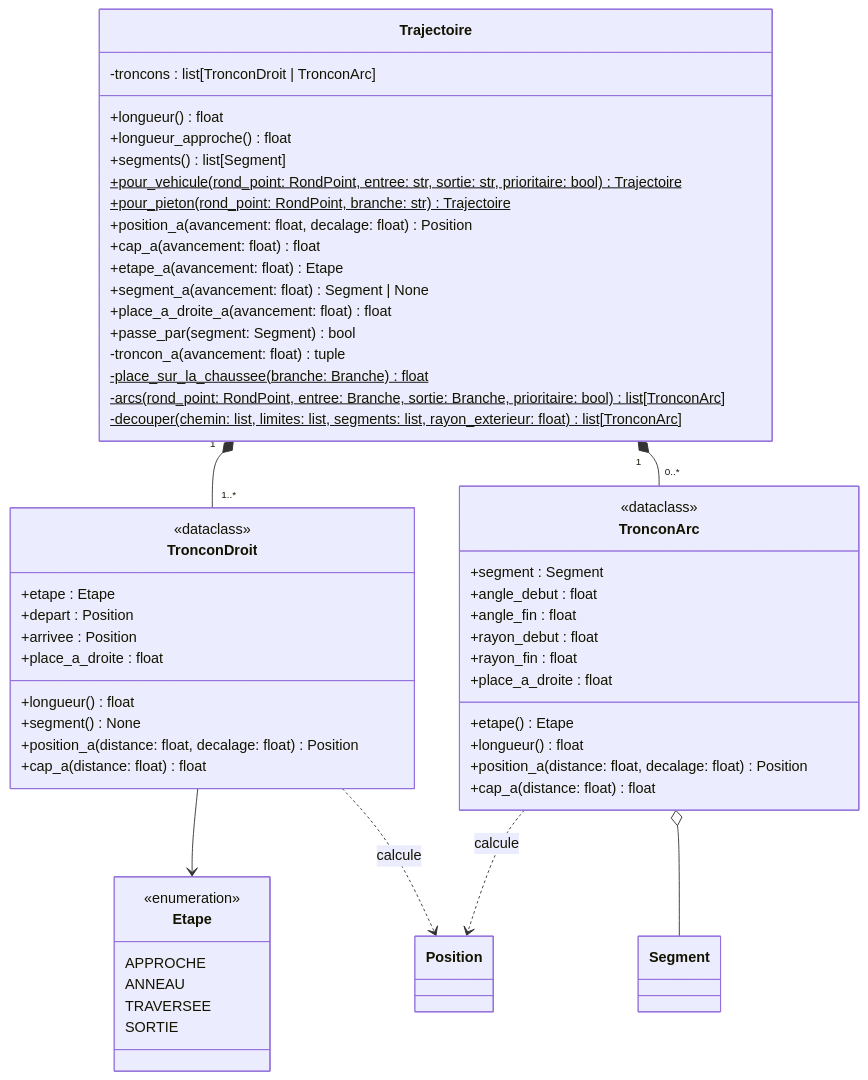
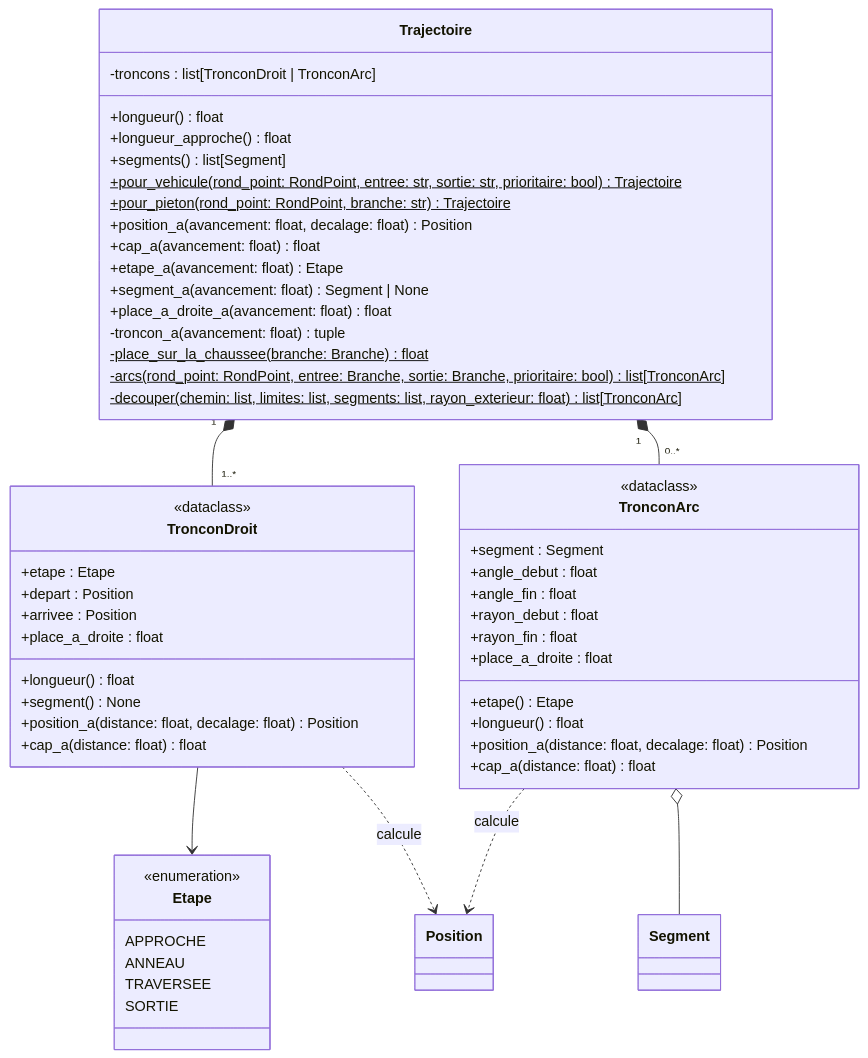
Before and after one commit to vRayzix/SAE3.02_Developper-une-application-communicante: the fifth of 12 diagrams in docs/uml.md, drawn with Mermaid. The commit also changed 2 other files, not shown here.

Commit message:
refactor(trajectoire): suppression de passe_par, appelée par son seul test
Le régulateur suit les segments par le chemin restant de chaque usager ; passe_par
n'avait plus d'appelant. La fonction locale ouverture reçoit sa docstring.

````diff
--- a/docs/uml.md
+++ b/docs/uml.md
@@ -331,62 +331,61 @@
 ```mermaid
 classDiagram
     class Etape {
         <<enumeration>>
         APPROCHE
         ANNEAU
         TRAVERSEE
         SORTIE
     }
 
     class TronconDroit {
         <<dataclass>>
         +etape : Etape
         +depart : Position
         +arrivee : Position
         +place_a_droite : float
         +longueur() float
         +segment() None
         +position_a(distance: float, decalage: float) Position
         +cap_a(distance: float) float
     }
 
     class TronconArc {
         <<dataclass>>
         +segment : Segment
         +angle_debut : float
         +angle_fin : float
         +rayon_debut : float
         +rayon_fin : float
         +place_a_droite : float
         +etape() Etape
         +longueur() float
         +position_a(distance: float, decalage: float) Position
         +cap_a(distance: float) float
     }
 
     class Trajectoire {
         -troncons : list[TronconDroit | TronconArc]
         +longueur() float
         +longueur_approche() float
         +segments() list[Segment]
         +pour_vehicule(rond_point: RondPoint, entree: str, sortie: str, prioritaire: bool) Trajectoire$
         +pour_pieton(rond_point: RondPoint, branche: str) Trajectoire$
         +position_a(avancement: float, decalage: float) Position
         +cap_a(avancement: float) float
         +etape_a(avancement: float) Etape
         +segment_a(avancement: float) Segment | None
         +place_a_droite_a(avancement: float) float
-        +passe_par(segment: Segment) bool
         -troncon_a(avancement: float) tuple
         -place_sur_la_chaussee(branche: Branche) float$
         -arcs(rond_point: RondPoint, entree: Branche, sortie: Branche, prioritaire: bool) list[TronconArc]$
         -decouper(chemin: list, limites: list, segments: list, rayon_exterieur: float) list[TronconArc]$
     }
 
     Trajectoire "1" *-- "1..*" TronconDroit
     Trajectoire "1" *-- "0..*" TronconArc
     TronconArc o-- Segment
     TronconDroit --> Etape
     TronconDroit ..> Position : calcule
     TronconArc ..> Position : calcule
 ```
````
